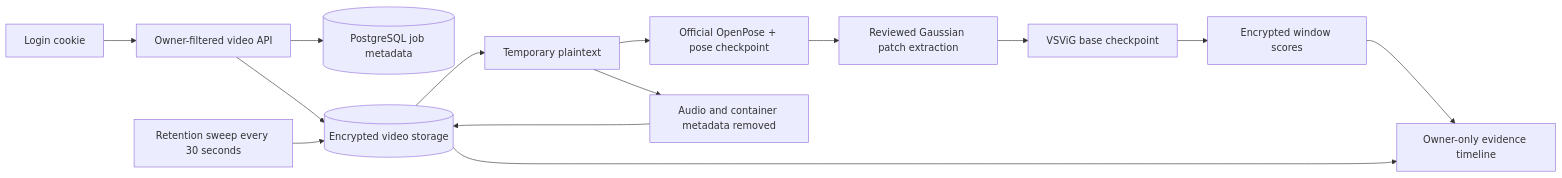
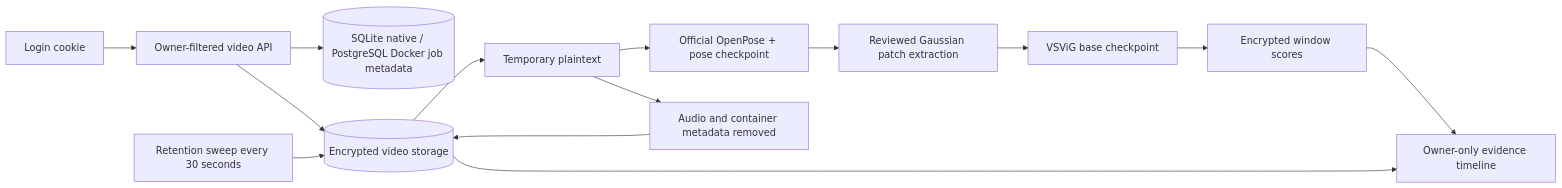
One commit to 4ffaad/FYP-MDS01 changed the diagram in docs/video-detection.md. Above: the diagram before and after it, drawn with Mermaid. The commit also changed other lines of this file and 12 other files, not shown here.

Commit message:
add native SQLite prototype runtime

````diff
--- a/docs/video-detection.md
+++ b/docs/video-detection.md
@@ -91,16 +104,16 @@
 ```mermaid
 flowchart LR
     Login[Login cookie] --> API[Owner-filtered video API]
-    API --> DB[(PostgreSQL job metadata)]
+    API --> DB[(SQLite native / PostgreSQL Docker job metadata)]
     API --> Encrypted[(Encrypted video storage)]
     Encrypted --> Work[Temporary plaintext]
     Work --> Pose[Official OpenPose + pose checkpoint]
     Pose --> Patches[Reviewed Gaussian patch extraction]
     Patches --> VSViG[VSViG base checkpoint]
     VSViG --> Scores[Encrypted window scores]
     Work --> Playback[Audio and container metadata removed]
     Playback --> Encrypted
     Scores --> Review[Owner-only evidence timeline]
     Encrypted --> Review
     Timer[Retention sweep every 30 seconds] --> Encrypted
 ```
````
